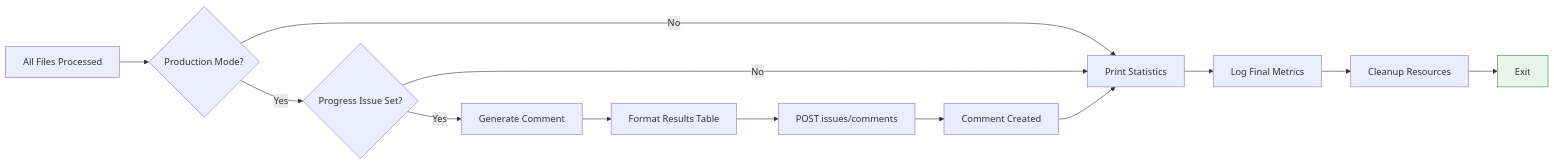
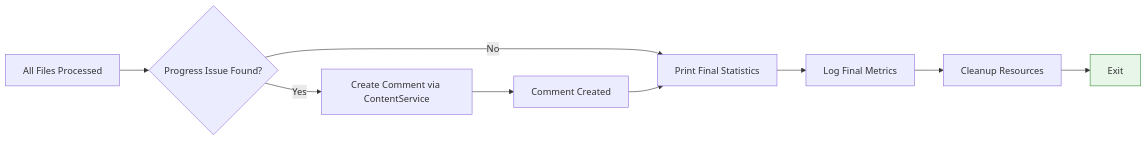
One commit to NivaldoFarias/translate-react changed the seventh of 11 diagrams in docs/WORKFLOW.md. Above: the diagram before and after it, drawn with Mermaid. The commit also changed other lines of this file and 28 other files, not shown here.

````diff
--- a/docs/WORKFLOW.md
+++ b/docs/WORKFLOW.md
@@ -381,20 +321,15 @@
 ```mermaid
 flowchart LR
-    A[All Files Processed] --> B{Production Mode?}
-    B -->|Yes| C{Progress Issue Set?}
-    B -->|No| E[Print Statistics]
+    A[All Files Processed] --> B{Progress Issue Found?}
+    B -->|Yes| C[Create Comment via ContentService]
+    B -->|No| D[Print Final Statistics]
 
-    C -->|Yes| D[Generate Comment]
-    C -->|No| E
+    C --> E[Comment Created]
+    E --> D
 
-    D --> F[Format Results Table]
-    F --> G["POST issues/comments"]
-    G --> H[Comment Created]
-    H --> E
+    D --> F[Log Final Metrics]
+    F --> G[Cleanup Resources]
+    G --> H[Exit]
 
-    E --> I[Log Final Metrics]
-    I --> J[Cleanup Resources]
-    J --> K[Exit]
-
-    style K fill:#e8f5e9,stroke:#388e3c
+    style H fill:#e8f5e9,stroke:#388e3c
 ```
````
